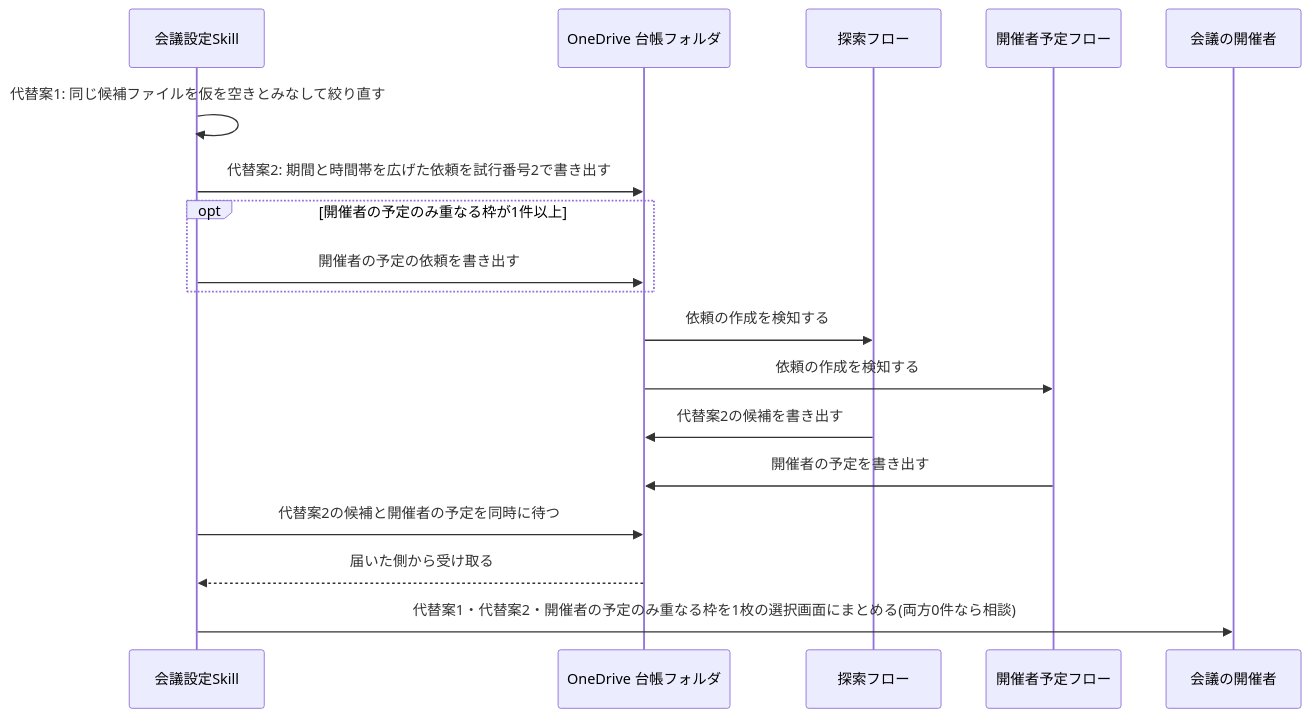
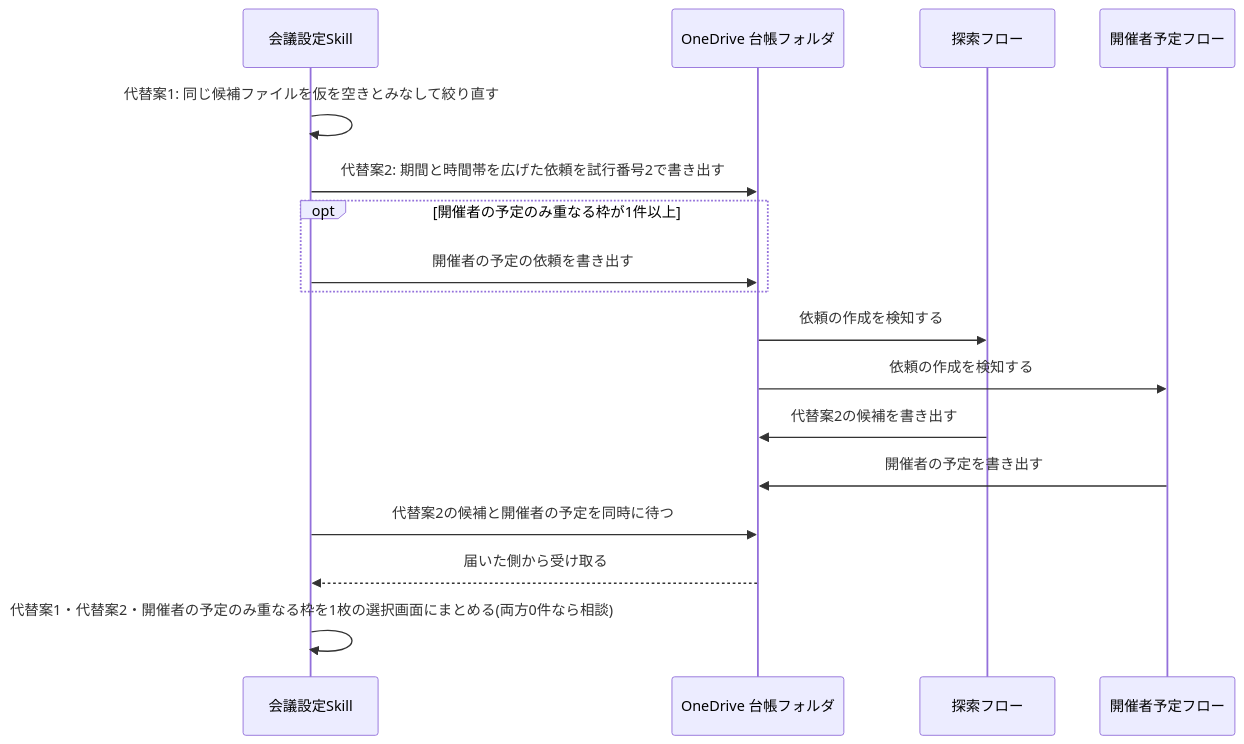
The fifth of 12 diagrams in apps/meeting-setup-automation/specs/meeting-scheduling/design.md (dnode-ryosuke-yamazaki/study), drawn with Mermaid before and after one commit. The commit also changed other lines of this file and 4 other files, not shown here.

First line of the commit message:
docs(meeting-setup-automation): 開催者の予定のみ重なる枠の仕様レビュー指摘を反映し、architecture.md を層分けの新形式にする

````diff
--- a/apps/meeting-setup-automation/specs/meeting-scheduling/design.md
+++ b/apps/meeting-setup-automation/specs/meeting-scheduling/design.md
@@ -193,21 +204,20 @@
 ```mermaid
 sequenceDiagram
     participant S as 会議設定Skill
     participant D as OneDrive 台帳フォルダ
     participant F1 as 探索フロー
     participant F3 as 開催者予定フロー
-    participant O as 会議の開催者
 
     S->>S: 代替案1: 同じ候補ファイルを仮を空きとみなして絞り直す
     S->>D: 代替案2: 期間と時間帯を広げた依頼を試行番号2で書き出す
     opt 開催者の予定のみ重なる枠が1件以上
         S->>D: 開催者の予定の依頼を書き出す
     end
     D->>F1: 依頼の作成を検知する
     D->>F3: 依頼の作成を検知する
     F1->>D: 代替案2の候補を書き出す
     F3->>D: 開催者の予定を書き出す
     S->>D: 代替案2の候補と開催者の予定を同時に待つ
     D-->>S: 届いた側から受け取る
-    S->>O: 代替案1・代替案2・開催者の予定のみ重なる枠を1枚の選択画面にまとめる(両方0件なら相談)
+    S->>S: 代替案1・代替案2・開催者の予定のみ重なる枠を1枚の選択画面にまとめる(両方0件なら相談)
 ```
````
